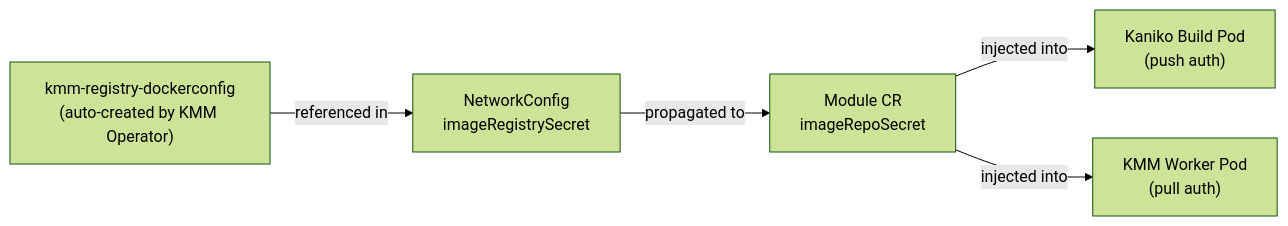
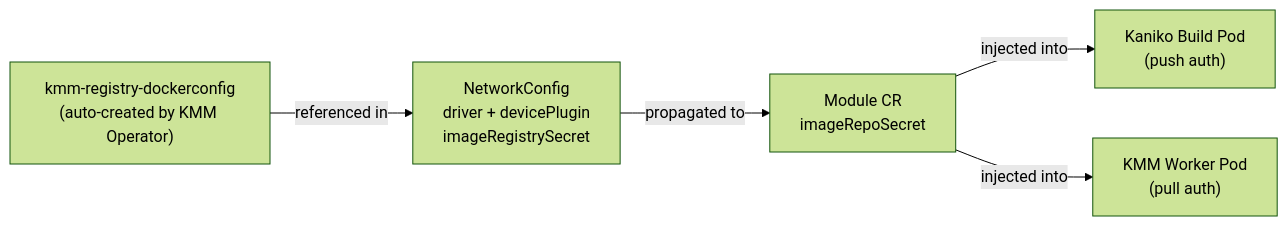
Before and after one commit to nutanix-cloud-native/nkp-ai-applications-catalog: the third of 3 diagrams in applications/amd-network-operator/1.2.0/README.md, drawn with Mermaid (forest theme). The commit also changed other lines of this file and 1 other file, not shown here.

Commit message:
chore: Add secondaryNetwork.cniPlugins explanation

````diff
--- a/applications/amd-network-operator/1.2.0/README.md
+++ b/applications/amd-network-operator/1.2.0/README.md
@@ -209,7 +100,7 @@
 ```mermaid
 graph LR
-    A["kmm-registry-dockerconfig<br/>(auto-created by KMM Operator)"] -->|"referenced in"| B["NetworkConfig<br/>imageRegistrySecret"]
+    A["kmm-registry-dockerconfig<br/>(auto-created by KMM Operator)"] -->|"referenced in"| B["NetworkConfig<br/>driver + devicePlugin<br/>imageRegistrySecret"]
     B -->|"propagated to"| C["Module CR<br/>imageRepoSecret"]
     C -->|"injected into"| D["Kaniko Build Pod<br/>(push auth)"]
     C -->|"injected into"| E["KMM Worker Pod<br/>(pull auth)"]
 ```
````
